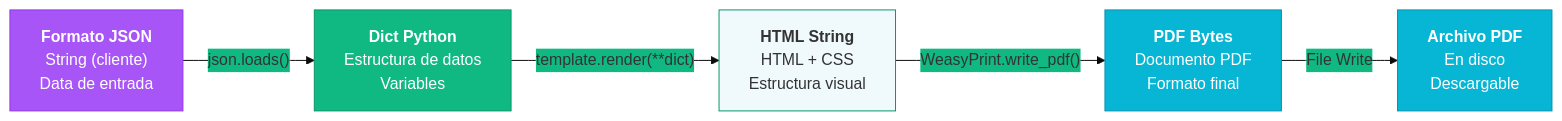
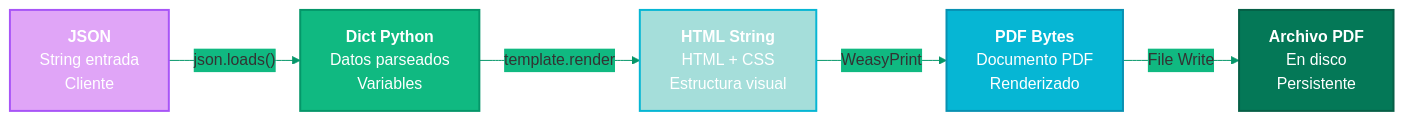
The third of 4 diagrams in docs/DATA_FLOW.md (cjhirashi/cjhirashi-career), drawn with Mermaid before and after one commit. The commit also changed other lines of this file and 2 other files, not shown here.

````diff
--- a/docs/DATA_FLOW.md
+++ b/docs/DATA_FLOW.md
@@ -175,22 +179,23 @@
 ```mermaid
 %%{init: {
   'theme': 'base',
   'themeVariables': {
-    'primaryColor': '#06B6D4',
+    'primaryColor': '#A855F7',
     'secondaryColor': '#10B981',
-    'tertiaryColor': '#A855F7'
+    'tertiaryColor': '#06B6D4',
+    'lineColor': '#059669'
   }
 }}%%
 
 graph LR
-  JSON["<b>Formato JSON</b><br/>String (cliente)<br/>Data de entrada"] -->|"json.loads()"| DICT["<b>Dict Python</b><br/>Estructura de datos<br/>Variables"]
-  DICT -->|"template.render(**dict)"| HTML["<b>HTML String</b><br/>HTML + CSS<br/>Estructura visual"]
-  HTML -->|"WeasyPrint.write_pdf()"| PDF["<b>PDF Bytes</b><br/>Documento PDF<br/>Formato final"]
-  PDF -->|"File Write"| FILE["<b>Archivo PDF</b><br/>En disco<br/>Descargable"]
+  JSON["<b>JSON</b><br/>String entrada<br/>Cliente"] -->|"json.loads()"| DICT["<b>Dict Python</b><br/>Datos parseados<br/>Variables"]
+  DICT -->|"template.render"| HTML["<b>HTML String</b><br/>HTML + CSS<br/>Estructura visual"]
+  HTML -->|"WeasyPrint"| PDF["<b>PDF Bytes</b><br/>Documento PDF<br/>Renderizado"]
+  PDF -->|"File Write"| FILE["<b>Archivo PDF</b><br/>En disco<br/>Persistente"]
 
-  style JSON fill:#A855F7,stroke:#9333EA,color:#fff
-  style DICT fill:#10B981,stroke:#059669,color:#fff
-  style HTML fill:#f0f9fc,stroke:#059669,color:#333
-  style PDF fill:#06B6D4,stroke:#0891B2,color:#fff
-  style FILE fill:#06B6D4,stroke:#0891B2,color:#fff
+  style JSON fill:#E0A5F7,stroke:#A855F7,stroke-width:2px,color:#fff
+  style DICT fill:#10B981,stroke:#059669,stroke-width:2px,color:#fff
+  style HTML fill:#A5DEDA,stroke:#06B6D4,stroke-width:2px,color:#fff
+  style PDF fill:#06B6D4,stroke:#0891B2,stroke-width:2px,color:#fff
+  style FILE fill:#047857,stroke:#065F46,stroke-width:2px,color:#fff
 ```
````
